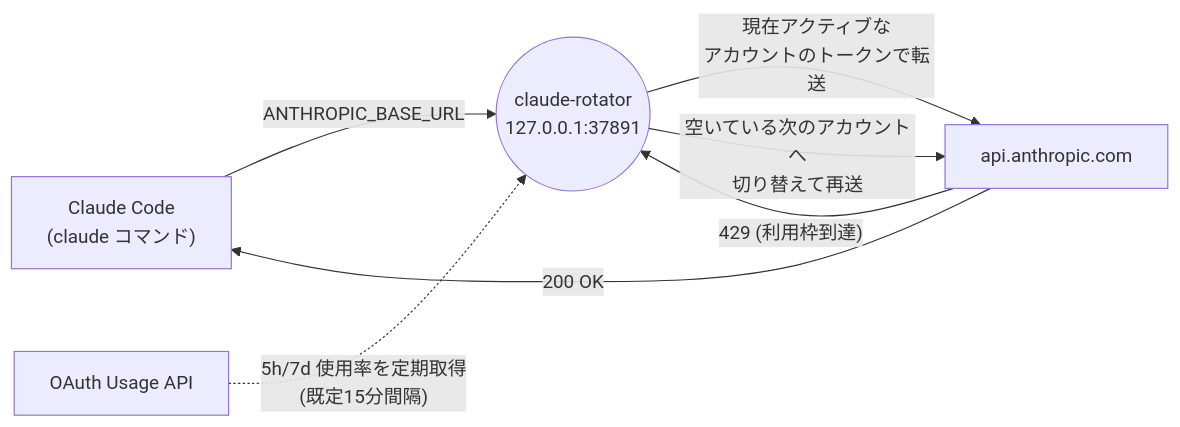
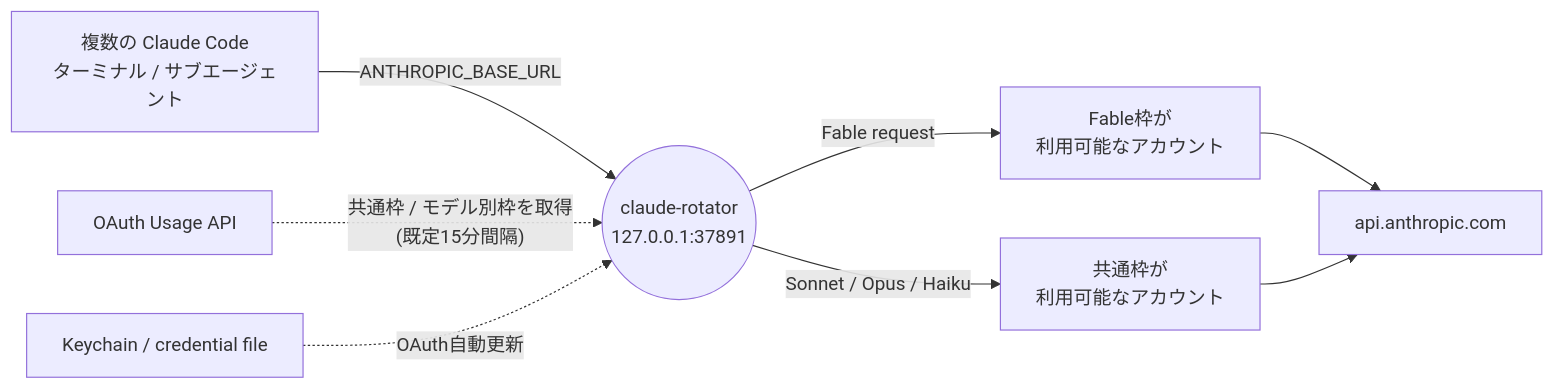
The first of 2 diagrams in README.md (taskbrain/claude-rotator), drawn with Mermaid before and after one commit. The commit also changed other lines of this file and 1 other file, not shown here.

````diff
--- a/README.md
+++ b/README.md
@@ -58,9 +71,10 @@
 ```mermaid
 flowchart LR
-    CC["Claude Code<br/>(claude コマンド)"] -->|"ANTHROPIC_BASE_URL"| P(("claude-rotator<br/>127.0.0.1:37891"))
-    P -->|"現在アクティブな<br/>アカウントのトークンで転送"| API["api.anthropic.com"]
-    API -->|"200 OK"| CC
-    API -->|"429 (利用枠到達)"| P
-    P -->|"空いている次のアカウントへ<br/>切り替えて再送"| API
-    U["OAuth Usage API"] -.->|"5h/7d 使用率を定期取得<br/>(既定15分間隔)"| P
+    CC["複数の Claude Code<br/>ターミナル / サブエージェント"] -->|"ANTHROPIC_BASE_URL"| P(("claude-rotator<br/>127.0.0.1:37891"))
+    P -->|"Fable request"| F["Fable枠が<br/>利用可能なアカウント"]
+    P -->|"Sonnet / Opus / Haiku"| O["共通枠が<br/>利用可能なアカウント"]
+    F --> API["api.anthropic.com"]
+    O --> API
+    U["OAuth Usage API"] -.->|"共通枠 / モデル別枠を取得<br/>(既定15分間隔)"| P
+    C["Keychain / credential file"] -.->|"OAuth自動更新"| P
 ```
````
